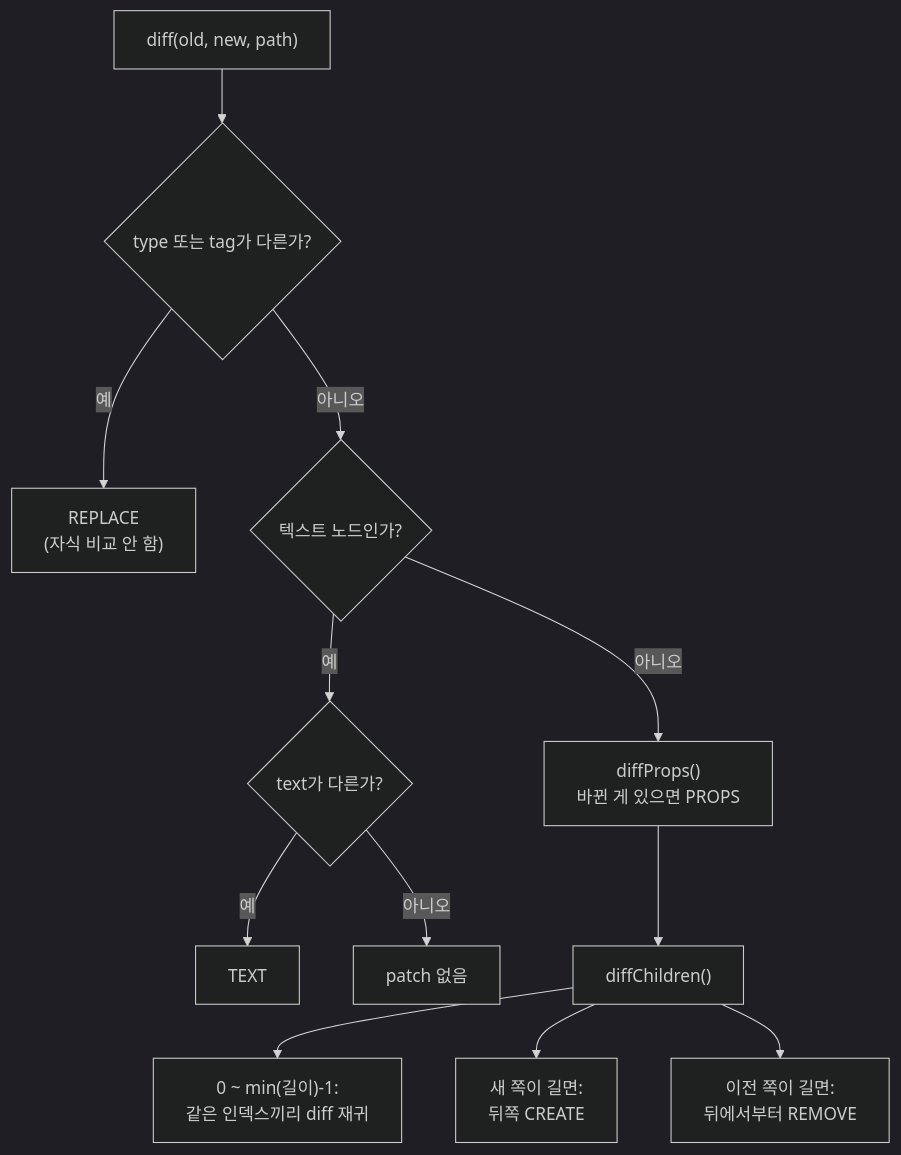
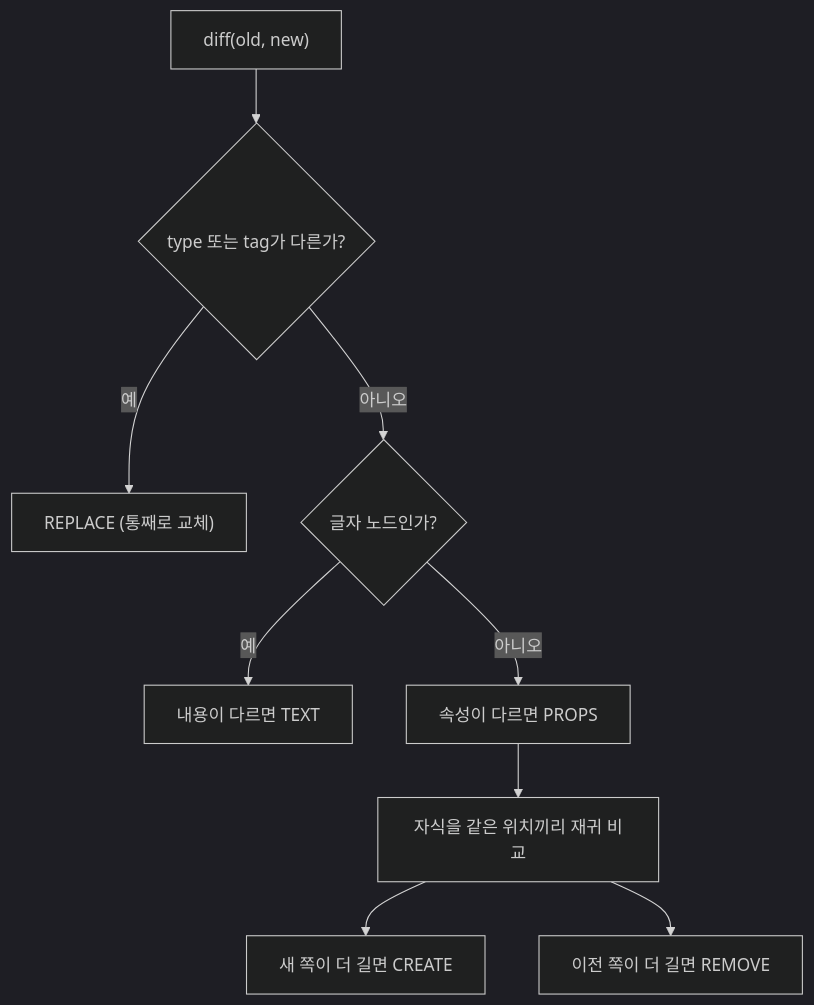
Before and after one commit to yongminkim0501/mini-react: the second of 4 diagrams in jaeyun-mini-react/README.md, drawn with Mermaid (dark theme). The commit also changed other lines of this file, not shown here.

````diff
--- a/jaeyun-mini-react/README.md
+++ b/jaeyun-mini-react/README.md
@@ -191,14 +106,11 @@
 ```mermaid
 flowchart TD
-    A["diff(old, new, path)"] --> B{"type 또는 tag가 다른가?"}
-    B -- 예 --> R["REPLACE<br/>(자식 비교 안 함)"]
-    B -- 아니오 --> C{"텍스트 노드인가?"}
-    C -- 예 --> T{"text가 다른가?"}
-    T -- 예 --> TX["TEXT"]
-    T -- 아니오 --> N["patch 없음"]
-    C -- 아니오 --> P["diffProps()<br/>바뀐 게 있으면 PROPS"]
-    P --> CH["diffChildren()"]
-    CH --> C1["0 ~ min(길이)-1:<br/>같은 인덱스끼리 diff 재귀"]
-    CH --> C2["새 쪽이 길면:<br/>뒤쪽 CREATE"]
-    CH --> C3["이전 쪽이 길면:<br/>뒤에서부터 REMOVE"]
+    A["diff(old, new)"] --> B{"type 또는 tag가 다른가?"}
+    B -- 예 --> R["REPLACE (통째로 교체)"]
+    B -- 아니오 --> C{"글자 노드인가?"}
+    C -- 예 --> T["내용이 다르면 TEXT"]
+    C -- 아니오 --> P["속성이 다르면 PROPS"]
+    P --> CH["자식을 같은 위치끼리 재귀 비교"]
+    CH --> X["새 쪽이 더 길면 CREATE"]
+    CH --> Y["이전 쪽이 더 길면 REMOVE"]
 ```
````
